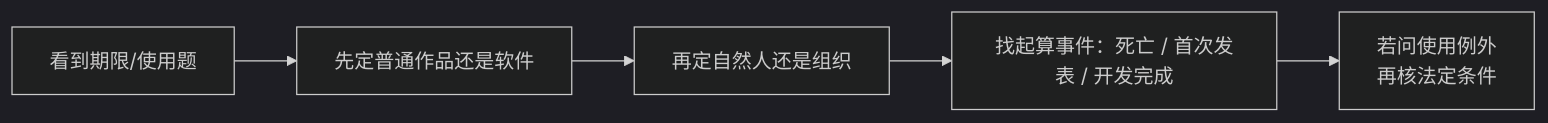
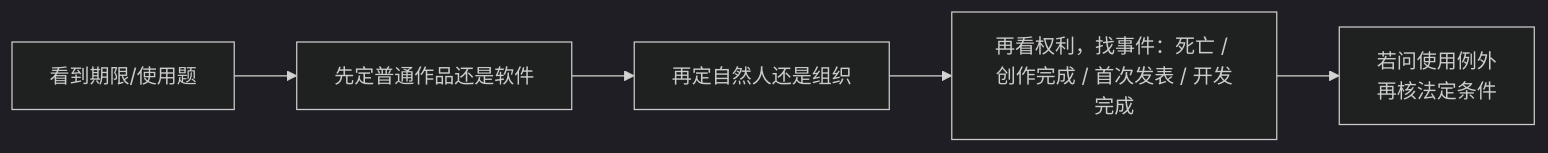
The diagram in 01_综合知识/11_标准化与知识产权/10_著作权期限与使用限制：50年到底从哪里算.md (74262195/system-architect-notes), drawn with Mermaid (dark theme) before and after one commit. The commit also changed other lines of this file and 8 other files, not shown here.

````diff
--- a/01_综合知识/11_标准化与知识产权/10_著作权期限与使用限制：50年到底从哪里算.md
+++ b/01_综合知识/11_标准化与知识产权/10_著作权期限与使用限制：50年到底从哪里算.md
@@ -76,7 +87,7 @@
 ```mermaid
 flowchart LR
     A["看到期限/使用题"] --> B["先定普通作品还是软件"]
     B --> C["再定自然人还是组织"]
-    C --> D["找起算事件：死亡 / 首次发表 / 开发完成"]
+    C --> D["再看权利，找事件：死亡 / 创作完成 / 首次发表 / 开发完成"]
     D --> E["若问使用例外<br/>再核法定条件"]
 ```
````
